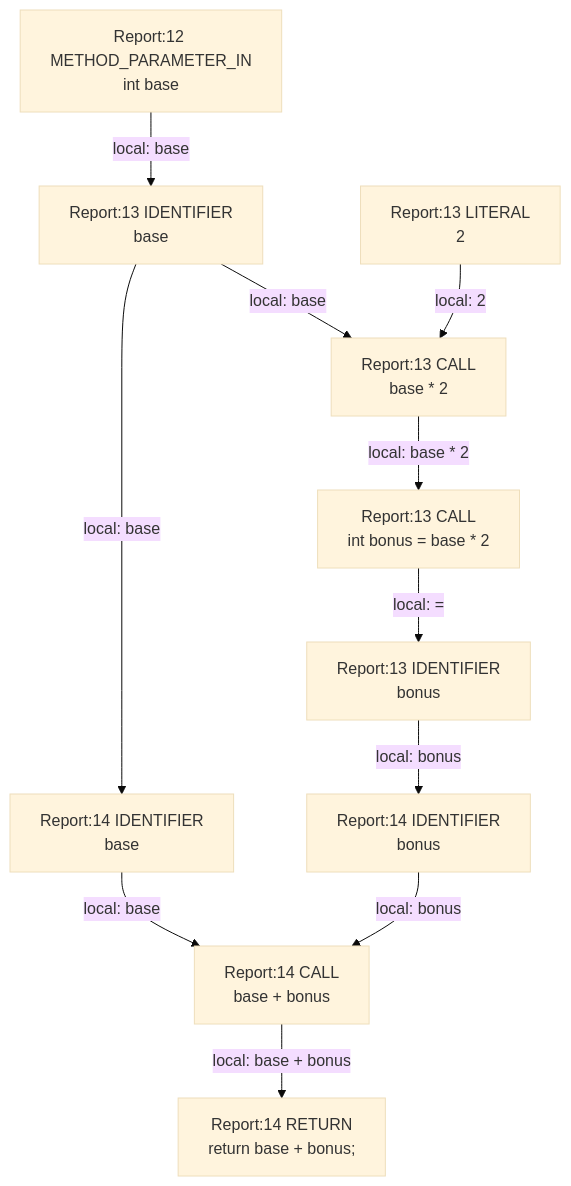
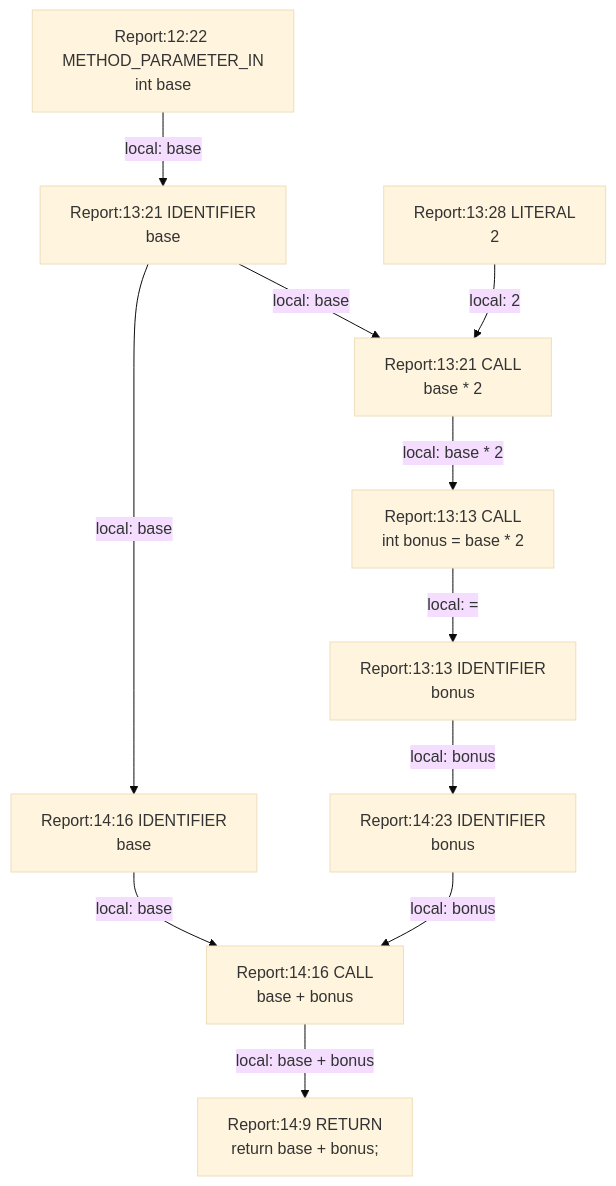
One commit to gstiebler/codeflow changed the diagram in app/src/test/resources/noMain/spike-truth.md. Above: the diagram before and after it, drawn with Mermaid (base theme). The commit also changed 154 other files, not shown here.

````diff
--- a/app/src/test/resources/noMain/spike-truth.md
+++ b/app/src/test/resources/noMain/spike-truth.md
@@ -3,23 +3,23 @@
 ```mermaid
 flowchart TD
-  n0["Report:12 METHOD_PARAMETER_IN<br/>int base"]
-  n1["Report:13 CALL<br/>base * 2"]
-  n2["Report:13 CALL<br/>int bonus = base * 2"]
-  n3["Report:13 IDENTIFIER<br/>base"]
-  n4["Report:13 IDENTIFIER<br/>bonus"]
-  n5["Report:13 LITERAL<br/>2"]
-  n6["Report:14 CALL<br/>base + bonus"]
-  n7["Report:14 IDENTIFIER<br/>base"]
-  n8["Report:14 IDENTIFIER<br/>bonus"]
-  n9["Report:14 RETURN<br/>return base + bonus;"]
-  n0 -->|"local: base"| n3
-  n1 -->|"local: base * 2"| n2
-  n2 -->|"local: ="| n4
-  n3 -->|"local: base"| n1
-  n3 -->|"local: base"| n7
-  n4 -->|"local: bonus"| n8
-  n5 -->|"local: 2"| n1
+  n0["Report:12:22 METHOD_PARAMETER_IN<br/>int base"]
+  n1["Report:13:13 CALL<br/>int bonus = base * 2"]
+  n2["Report:13:13 IDENTIFIER<br/>bonus"]
+  n3["Report:13:21 CALL<br/>base * 2"]
+  n4["Report:13:21 IDENTIFIER<br/>base"]
+  n5["Report:13:28 LITERAL<br/>2"]
+  n6["Report:14:16 CALL<br/>base + bonus"]
+  n7["Report:14:16 IDENTIFIER<br/>base"]
+  n8["Report:14:23 IDENTIFIER<br/>bonus"]
+  n9["Report:14:9 RETURN<br/>return base + bonus;"]
+  n0 -->|"local: base"| n4
+  n1 -->|"local: ="| n2
+  n2 -->|"local: bonus"| n8
+  n3 -->|"local: base * 2"| n1
+  n4 -->|"local: base"| n3
+  n4 -->|"local: base"| n7
+  n5 -->|"local: 2"| n3
   n6 -->|"local: base + bonus"| n9
   n7 -->|"local: base"| n6
   n8 -->|"local: bonus"| n6
 ```
````
